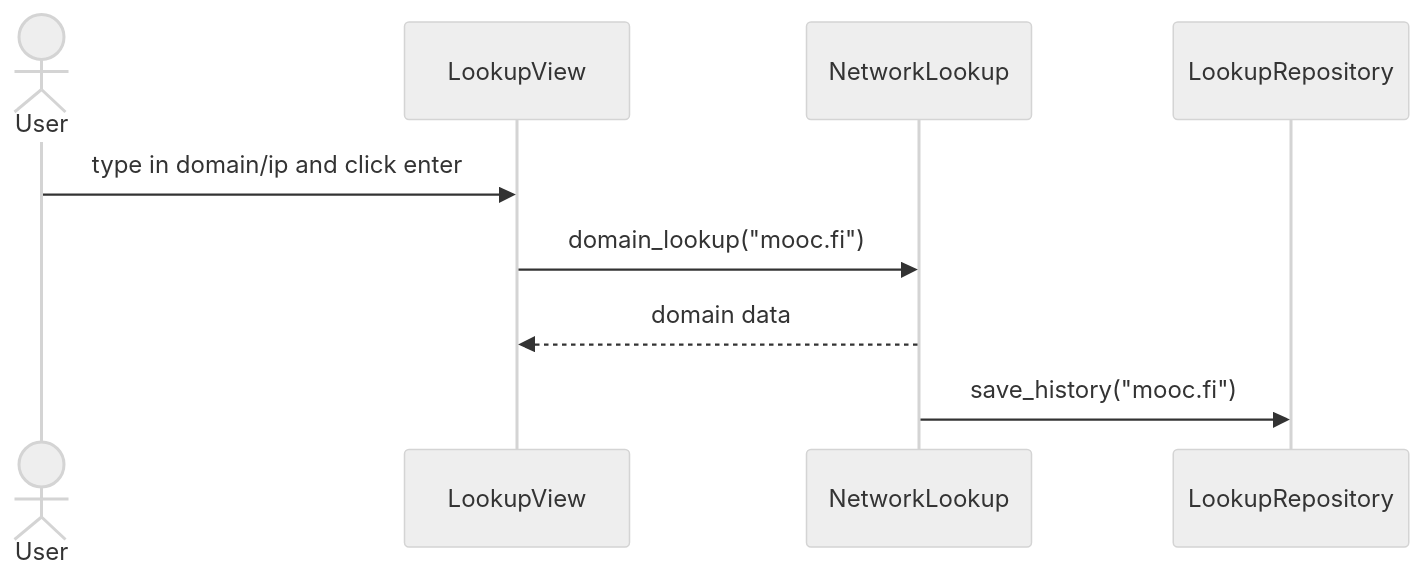
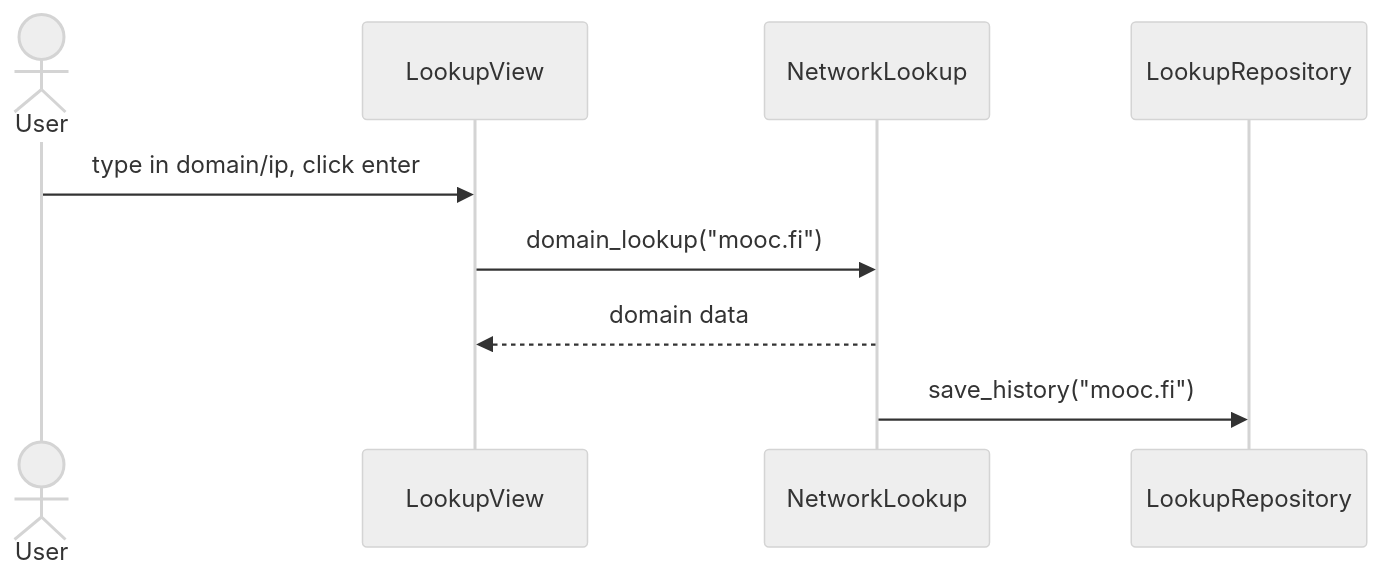
One commit to weverhall/ot-harjoitustyo changed the second of 2 diagrams in dokumentaatio/arkkitehtuuri.md. Above: the diagram before and after it, drawn with Mermaid (neutral theme). The commit also changed other lines of this file, not shown here.

````diff
--- a/dokumentaatio/arkkitehtuuri.md
+++ b/dokumentaatio/arkkitehtuuri.md
@@ -22,11 +24,11 @@
 ```mermaid
 sequenceDiagram
     actor User
     participant LookupView
     participant NetworkLookup
     participant LookupRepository
-    User->>LookupView: type in domain/ip and click enter
+    User->>LookupView: type in domain/ip, click enter
     LookupView->>NetworkLookup: domain_lookup("mooc.fi")
     NetworkLookup-->>LookupView: domain data
     NetworkLookup->>LookupRepository: save_history("mooc.fi")
 ```
````
